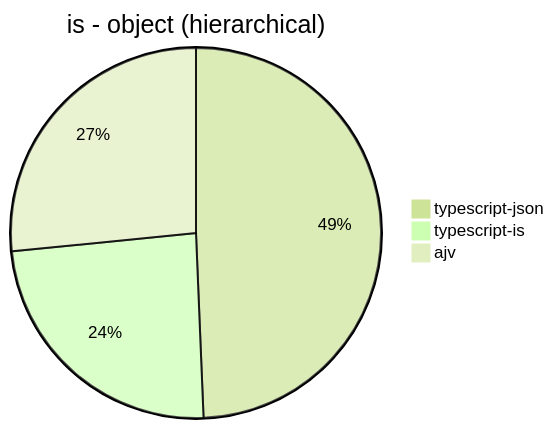
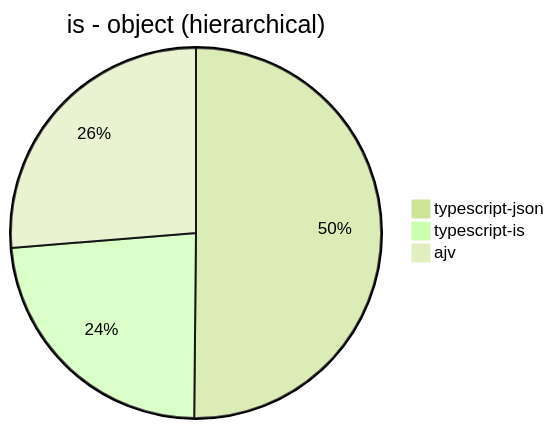
Before and after one commit to neklan1205/typescript-json: the seventh of 30 diagrams in benchmark/results/Intel(R) Core(TM) i7-6700 CPU @ 3.40GHz.md, drawn with Mermaid (forest theme). The commit also changed other lines of this file, not shown here.

````diff
--- a/benchmark/results/Intel(R) Core(TM) i7-6700 CPU @ 3.40GHz.md
+++ b/benchmark/results/Intel(R) Core(TM) i7-6700 CPU @ 3.40GHz.md
@@ -77,6 +77,6 @@
 ```mermaid
 pie title is - object (hierarchical)
-  "typescript-json": 61506.599739728576
-  "typescript-is": 30001.642036124795
-  "ajv": 33130.78767755027
+  "typescript-json": 63980.50189564904
+  "typescript-is": 30048.274596182084
+  "ajv": 33540.467137425316
 ```
````
